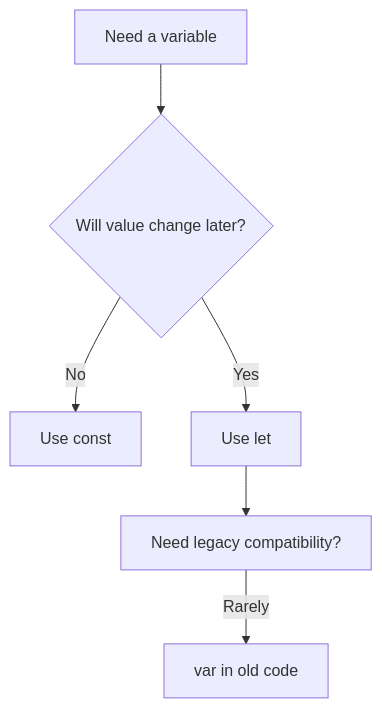
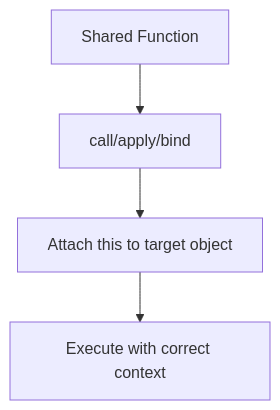
Before and after one commit to AbhishekDhone7/javascript-git-basics: the ninth of 16 diagrams in JavaScript-Beginners-Guide.md, drawn with Mermaid. The commit also changed other lines of this file and 1 other file, not shown here.

````diff
--- a/JavaScript-Beginners-Guide.md
+++ b/JavaScript-Beginners-Guide.md
@@ -696,8 +656,6 @@
 ```mermaid
 flowchart TD
-A[Need a variable] --> B{Will value change later?}
-B -- No --> C[Use const]
-B -- Yes --> D[Use let]
-D --> E[Need legacy compatibility?]
-E -- Rarely --> F[var in old code]
+A[Shared Function] --> B[call/apply/bind]
+B --> C[Attach this to target object]
+C --> D[Execute with correct context]
 ```
````
